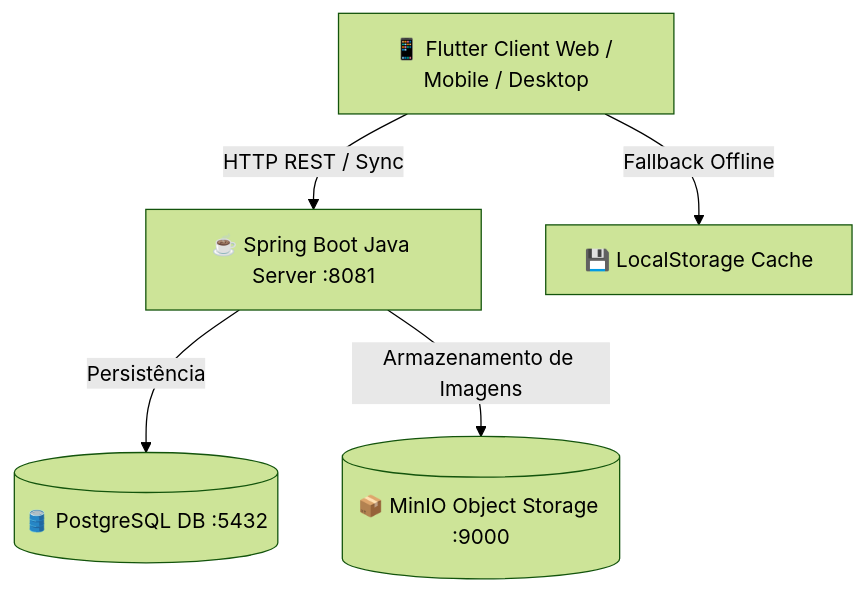
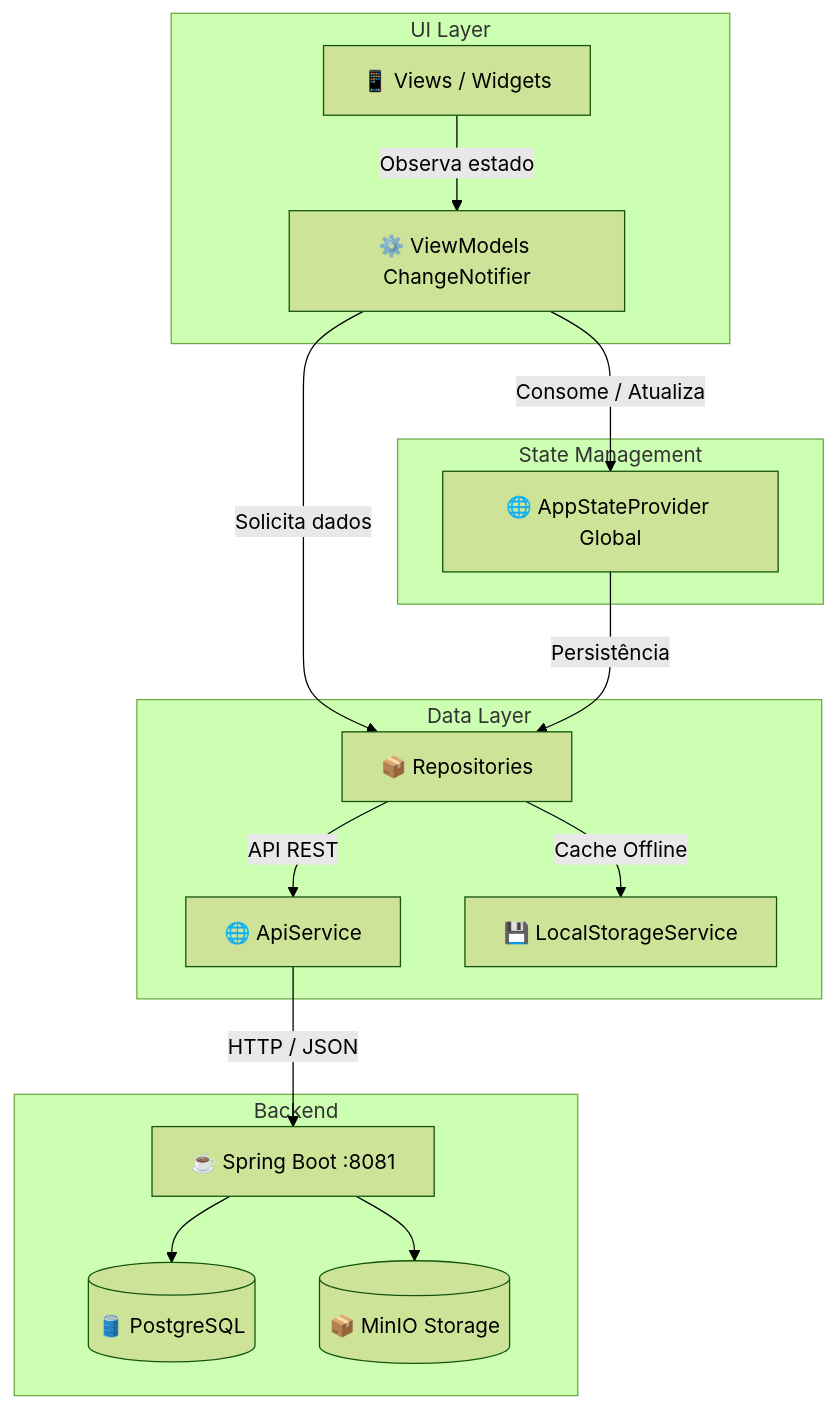
The diagram in README.md (ValberSales/IC-Flutter), drawn with Mermaid (forest theme) before and after one commit. The commit also changed other lines of this file, not shown here.

````diff
--- a/README.md
+++ b/README.md
@@ -39,7 +57,23 @@
 ```mermaid
 graph TD;
-    Client[📱 Flutter Client Web / Mobile / Desktop] -->|HTTP REST / Sync| Server[☕ Spring Boot Java Server :8081]
-    Server -->|Persistência| DB[(🛢️ PostgreSQL DB :5432)]
-    Server -->|Armazenamento de Imagens| MinIO[(📦 MinIO Object Storage :9000)]
-    Client -->|Fallback Offline| Cache[💾 LocalStorage Cache]
+    subgraph UI Layer
+        View[📱 Views / Widgets] -->|Observa estado| ViewModel[⚙️ ViewModels ChangeNotifier]
+    end
+    
+    subgraph State Management
+        ViewModel -->|Consome / Atualiza| AppState[🌐 AppStateProvider Global]
+    end
+    
+    subgraph Data Layer
+        ViewModel -->|Solicita dados| Repo[📦 Repositories]
+        AppState -->|Persistência| Repo
+        Repo -->|API REST| ApiService[🌐 ApiService]
+        Repo -->|Cache Offline| LocalStorage[💾 LocalStorageService]
+    end
+    
+    subgraph Backend
+        ApiService -->|HTTP / JSON| Server[☕ Spring Boot :8081]
+        Server --> DB[(🛢️ PostgreSQL)]
+        Server --> MinIO[(📦 MinIO Storage)]
+    end
 ```
````
